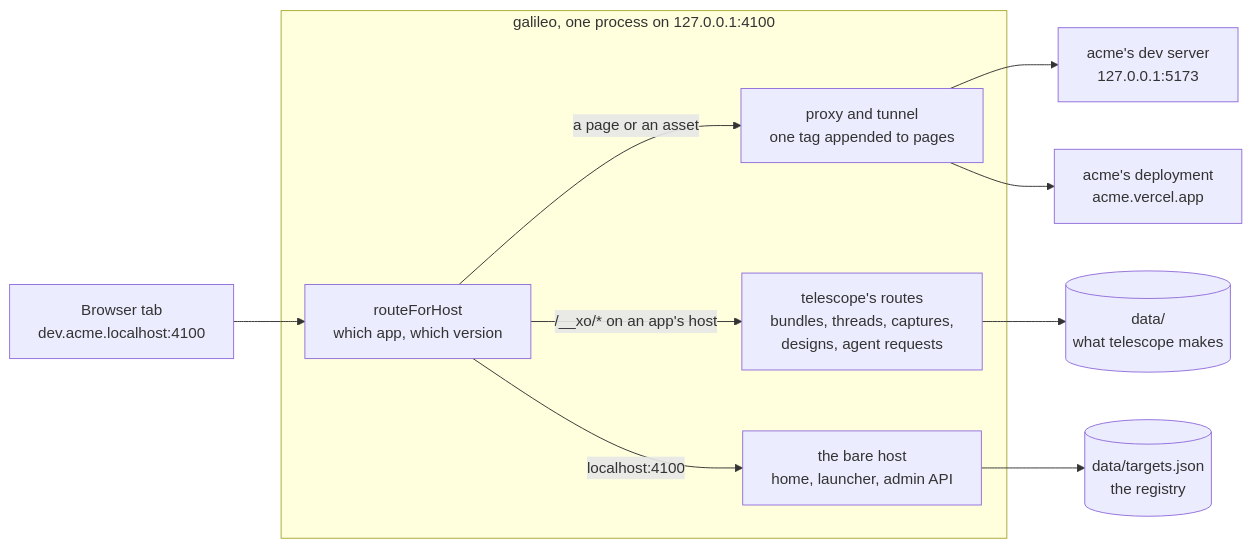
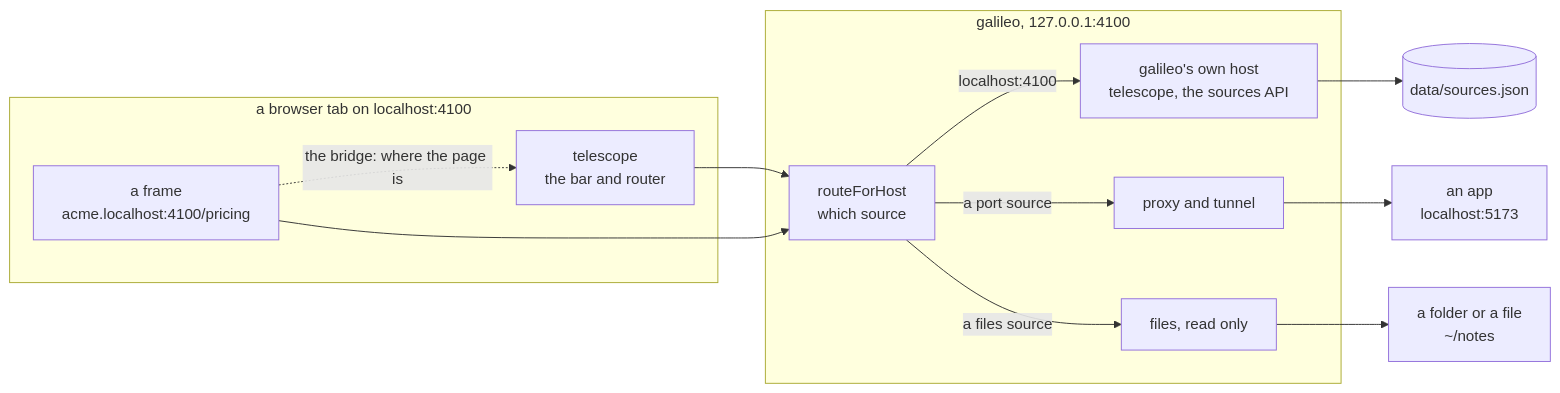
One commit to quirq-ai/galileo changed the first of 8 diagrams in docs/ARCHITECTURE.md. Above: the diagram before and after it, drawn with Mermaid. The commit also changed other lines of this file and 51 other files, not shown here.

````diff
--- a/docs/ARCHITECTURE.md
+++ b/docs/ARCHITECTURE.md
@@ -29,22 +25,25 @@
 ```mermaid
 flowchart LR
-  browser["Browser tab<br/>dev.acme.localhost:4100"]
-  subgraph gw["galileo, one process on 127.0.0.1:4100"]
-    route["routeForHost<br/>which app, which version"]
-    proxy["proxy and tunnel<br/>one tag appended to pages"]
-    tele["telescope's routes<br/>bundles, threads, captures,<br/>designs, agent requests"]
-    own["the bare host<br/>home, launcher, admin API"]
+  subgraph tab["a browser tab on localhost:4100"]
+    bar["telescope<br/>the bar and router"]
+    frame["a frame<br/>acme.localhost:4100/pricing"]
   end
-  dev["acme's dev server<br/>127.0.0.1:5173"]
-  live["acme's deployment<br/>acme.vercel.app"]
-  made[("data/<br/>what telescope makes")]
-  apps[("data/targets.json<br/>the registry")]
-  browser --> route
-  route -->|"a page or an asset"| proxy
-  route -->|"/__xo/* on an app's host"| tele
+  subgraph galileo["galileo, 127.0.0.1:4100"]
+    route["routeForHost<br/>which source"]
+    own["galileo's own host<br/>telescope, the sources API"]
+    proxy["proxy and tunnel"]
+    files["files, read only"]
+  end
+  app["an app<br/>localhost:5173"]
+  disk["a folder or a file<br/>~/notes"]
+  list[("data/sources.json")]
+  bar --> route
+  frame --> route
   route -->|"localhost:4100"| own
-  proxy --> dev
-  proxy --> live
-  tele --> made
-  own --> apps
+  route -->|"a port source"| proxy
+  route -->|"a files source"| files
+  proxy --> app
+  files --> disk
+  own --> list
+  frame -.->|"the bridge: where the page is"| bar
 ```
````
